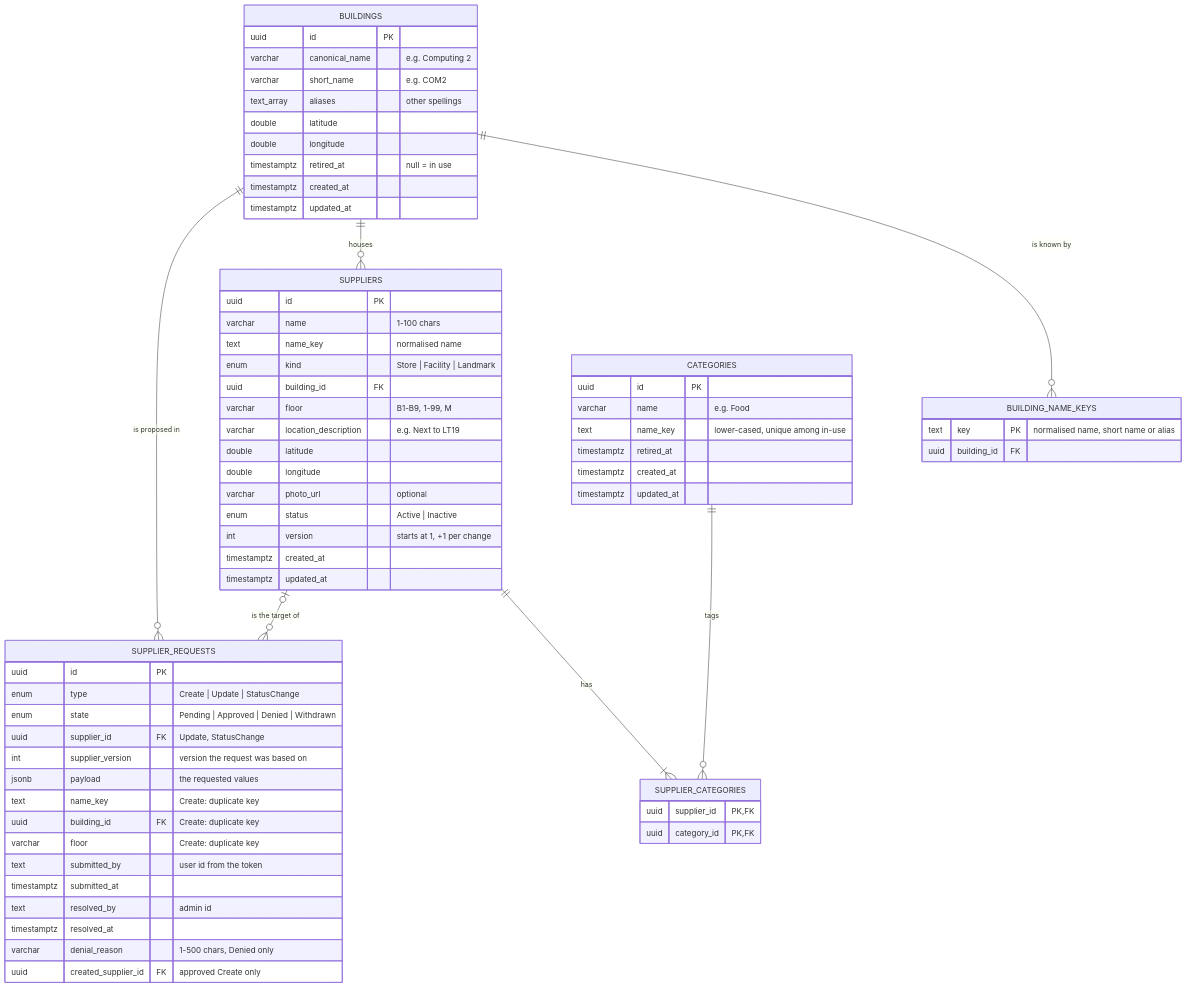
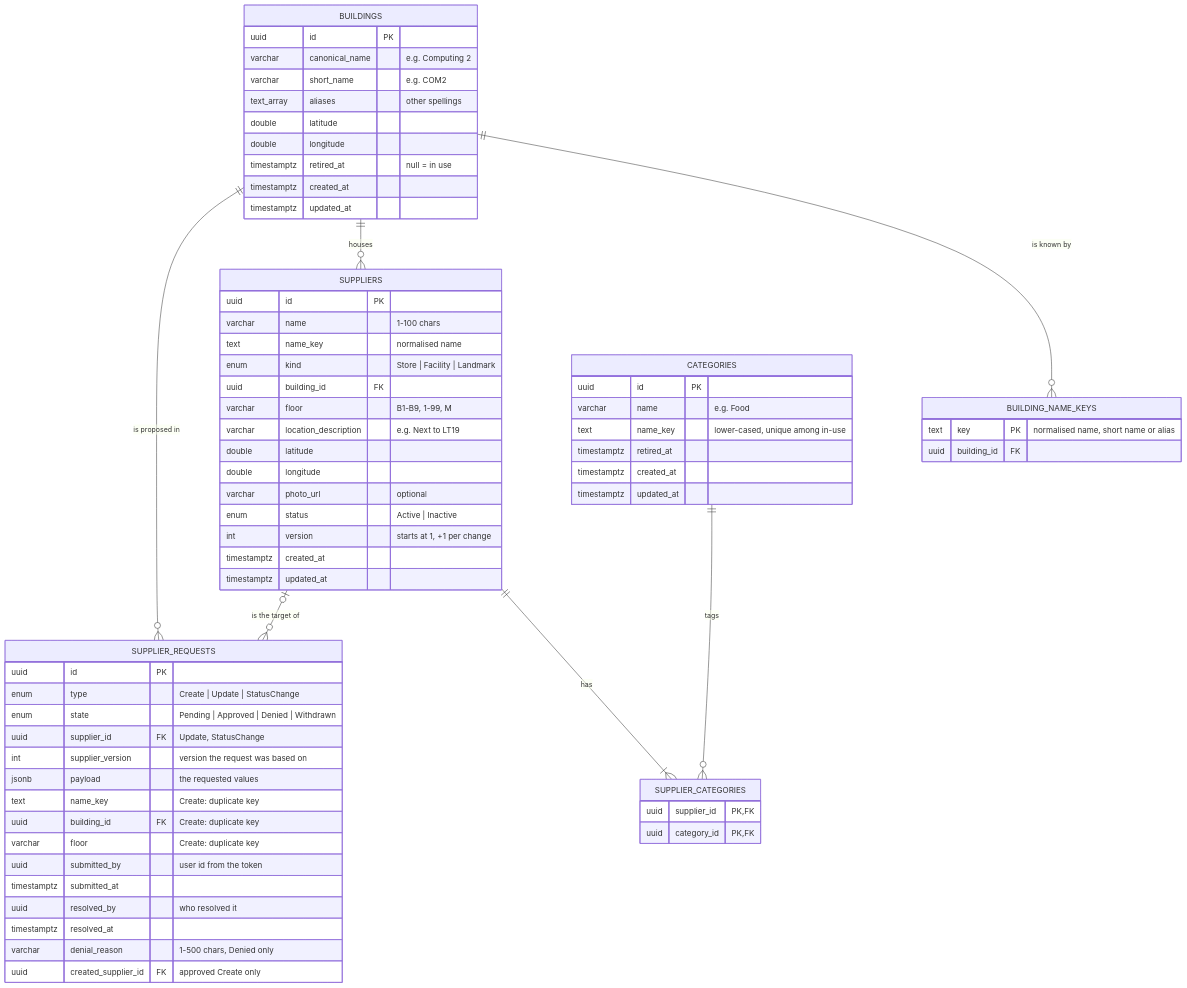
Before and after one commit to AY2627S1-CS3219-P27/FoC: the first of 4 diagrams in supplier-service/README.md, drawn with Mermaid. The commit also changed other lines of this file and 4 other files, not shown here.

````diff
--- a/supplier-service/README.md
+++ b/supplier-service/README.md
@@ -88,70 +88,70 @@
 ```mermaid
 erDiagram
     BUILDINGS ||--o{ BUILDING_NAME_KEYS : "is known by"
     BUILDINGS ||--o{ SUPPLIERS : "houses"
     SUPPLIERS ||--|{ SUPPLIER_CATEGORIES : "has"
     CATEGORIES ||--o{ SUPPLIER_CATEGORIES : "tags"
 
     BUILDINGS {
         uuid id PK
         varchar canonical_name "e.g. Computing 2"
         varchar short_name "e.g. COM2"
         text_array aliases "other spellings"
         double latitude
         double longitude
         timestamptz retired_at "null = in use"
         timestamptz created_at
         timestamptz updated_at
     }
     BUILDING_NAME_KEYS {
         text key PK "normalised name, short name or alias"
         uuid building_id FK
     }
     CATEGORIES {
         uuid id PK
         varchar name "e.g. Food"
         text name_key "lower-cased, unique among in-use"
         timestamptz retired_at
         timestamptz created_at
         timestamptz updated_at
     }
     SUPPLIERS {
         uuid id PK
         varchar name "1-100 chars"
         text name_key "normalised name"
         enum kind "Store | Facility | Landmark"
         uuid building_id FK
         varchar floor "B1-B9, 1-99, M"
         varchar location_description "e.g. Next to LT19"
         double latitude
         double longitude
         varchar photo_url "optional"
         enum status "Active | Inactive"
         int version "starts at 1, +1 per change"
         timestamptz created_at
         timestamptz updated_at
     }
     SUPPLIER_CATEGORIES {
         uuid supplier_id PK, FK
         uuid category_id PK, FK
     }
     SUPPLIERS |o--o{ SUPPLIER_REQUESTS : "is the target of"
     BUILDINGS ||--o{ SUPPLIER_REQUESTS : "is proposed in"
     SUPPLIER_REQUESTS {
         uuid id PK
         enum type "Create | Update | StatusChange"
         enum state "Pending | Approved | Denied | Withdrawn"
         uuid supplier_id FK "Update, StatusChange"
         int supplier_version "version the request was based on"
         jsonb payload "the requested values"
         text name_key "Create: duplicate key"
         uuid building_id FK "Create: duplicate key"
         varchar floor "Create: duplicate key"
-        text submitted_by "user id from the token"
+        uuid submitted_by "user id from the token"
         timestamptz submitted_at
-        text resolved_by "admin id"
+        uuid resolved_by "who resolved it"
         timestamptz resolved_at
         varchar denial_reason "1-500 chars, Denied only"
         uuid created_supplier_id FK "approved Create only"
     }
 ```
````
